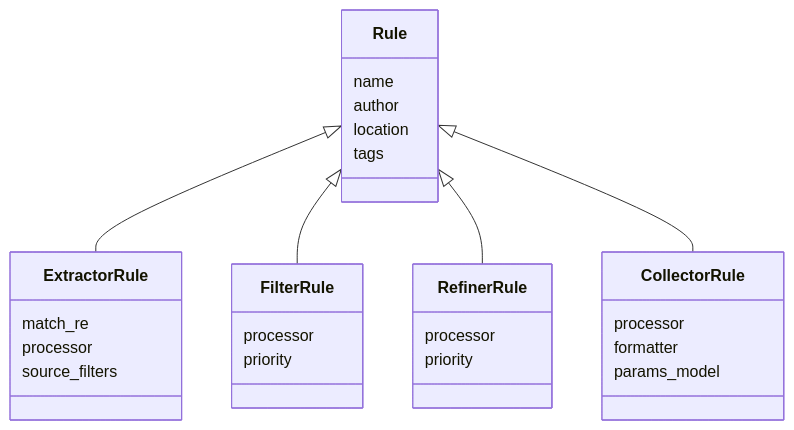
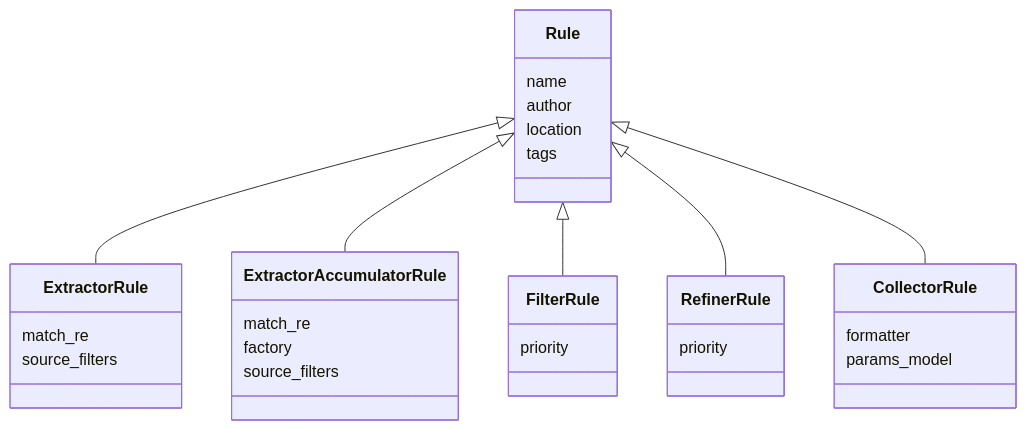
One commit to abonillabeeche/attribution changed the second of 4 diagrams in docs/attribution.md. Above: the diagram before and after it, drawn with Mermaid. The commit also changed other lines of this file and 1 other file, not shown here.

````diff
--- a/docs/attribution.md
+++ b/docs/attribution.md
@@ -108,31 +113,36 @@
 ```mermaid
 classDiagram
+    accTitle: Rule type hierarchy
+    accDescr: All rule types share identifying and provenance metadata. Extractors match observations, filters and refiners have execution priorities, and collectors format supplemental results.
+
     class Rule {
         name
         author
         location
         tags
     }
     class ExtractorRule {
         match_re
-        processor
+        source_filters
+    }
+    class ExtractorAccumulatorRule {
+        match_re
+        factory
         source_filters
     }
     class FilterRule {
-        processor
         priority
     }
     class RefinerRule {
-        processor
         priority
     }
     class CollectorRule {
-        processor
         formatter
         params_model
     }
     Rule <|-- ExtractorRule
+    Rule <|-- ExtractorAccumulatorRule
     Rule <|-- FilterRule
     Rule <|-- RefinerRule
     Rule <|-- CollectorRule
 ```
````
